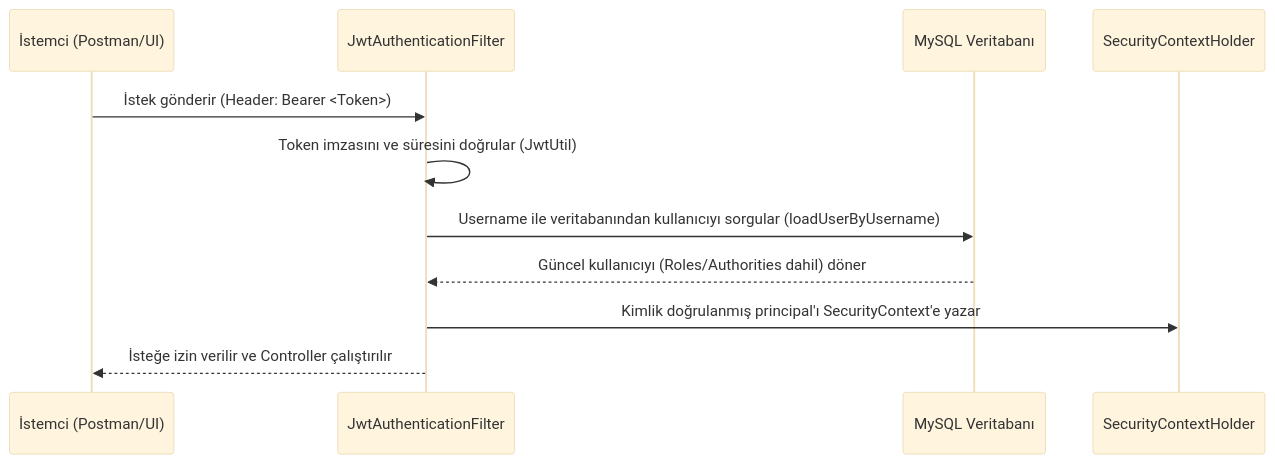
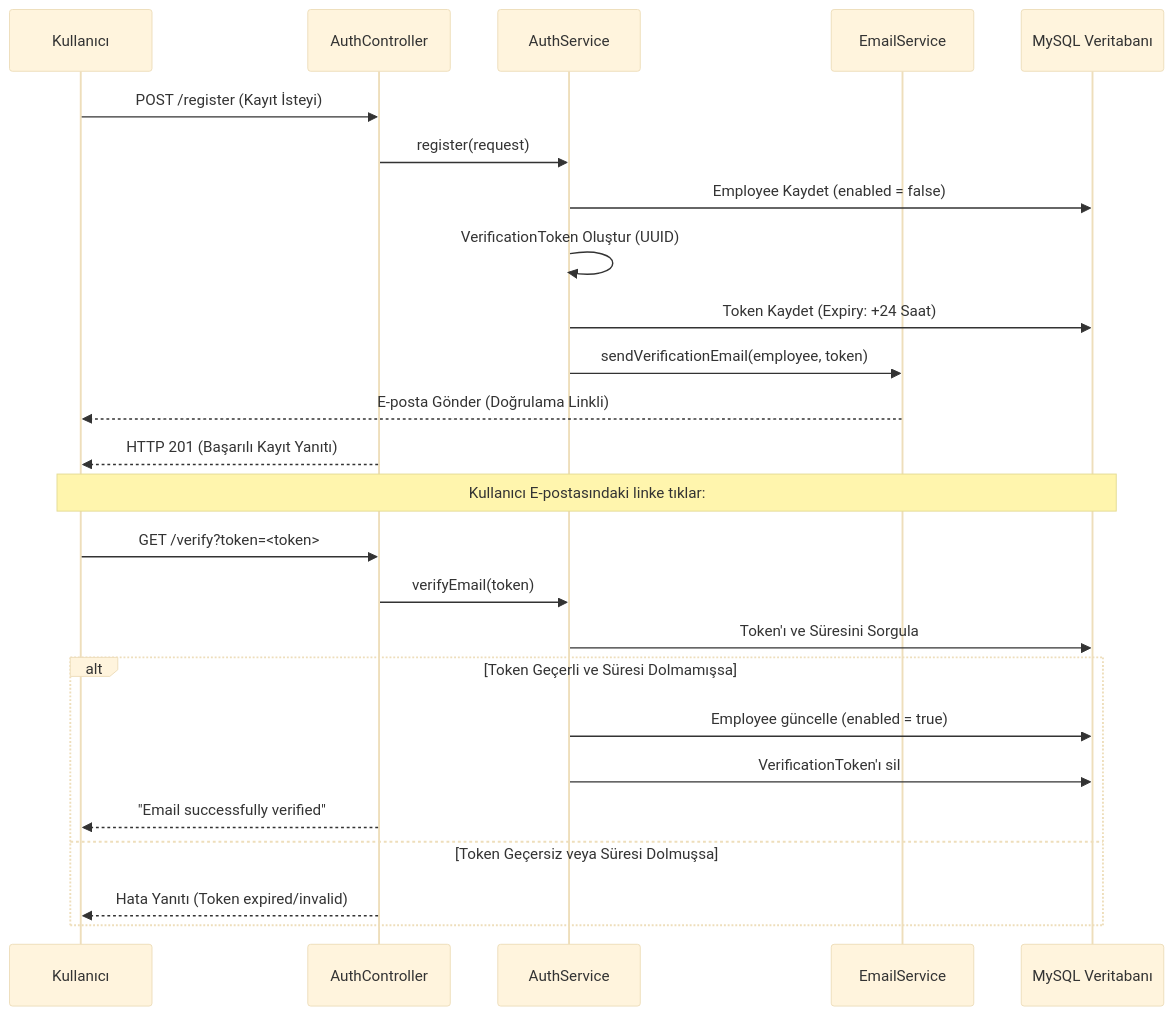
Before and after one commit to burakcnaksy0/spring-security: the diagram in README.md, drawn with Mermaid (base theme). The commit also changed other lines of this file, not shown here.

Commit message:
docs: update README for email-verification branch

````diff
--- a/README.md
+++ b/README.md
@@ -30,14 +32,29 @@
 ```mermaid
 sequenceDiagram
-    participant Client as İstemci (Postman/UI)
-    participant Filter as JwtAuthenticationFilter
+    participant User as Kullanıcı
+    participant Controller as AuthController
+    participant Service as AuthService
+    participant Email as EmailService
     participant DB as MySQL Veritabanı
-    participant Context as SecurityContextHolder
 
-    Client->>Filter: İstek gönderir (Header: Bearer <Token>)
-    Filter->>Filter: Token imzasını ve süresini doğrular (JwtUtil)
-    Filter->>DB: Username ile veritabanından kullanıcıyı sorgular (loadUserByUsername)
-    DB-->>Filter: Güncel kullanıcıyı (Roles/Authorities dahil) döner
-    Filter->>Context: Kimlik doğrulanmış principal'ı SecurityContext'e yazar
-    Filter-->>Client: İsteğe izin verilir ve Controller çalıştırılır
+    User->>Controller: POST /register (Kayıt İsteyi)
+    Controller->>Service: register(request)
+    Service->>DB: Employee Kaydet (enabled = false)
+    Service->>Service: VerificationToken Oluştur (UUID)
+    Service->>DB: Token Kaydet (Expiry: +24 Saat)
+    Service->>Email: sendVerificationEmail(employee, token)
+    Email-->>User: E-posta Gönder (Doğrulama Linkli)
+    Controller-->>User: HTTP 201 (Başarılı Kayıt Yanıtı)
+
+    Note over User, DB: Kullanıcı E-postasındaki linke tıklar:
+    User->>Controller: GET /verify?token=<token>
+    Controller->>Service: verifyEmail(token)
+    Service->>DB: Token'ı ve Süresini Sorgula
+    alt Token Geçerli ve Süresi Dolmamışsa
+        Service->>DB: Employee güncelle (enabled = true)
+        Service->>DB: VerificationToken'ı sil
+        Controller-->>User: "Email successfully verified"
+    else Token Geçersiz veya Süresi Dolmuşsa
+        Controller-->>User: Hata Yanıtı (Token expired/invalid)
+    end
 ```
````
